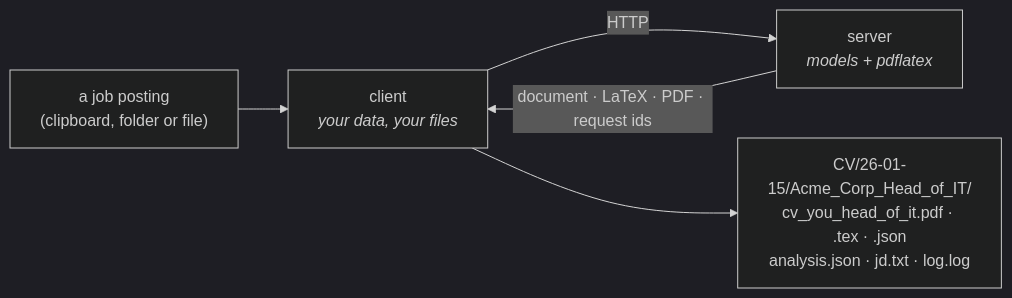
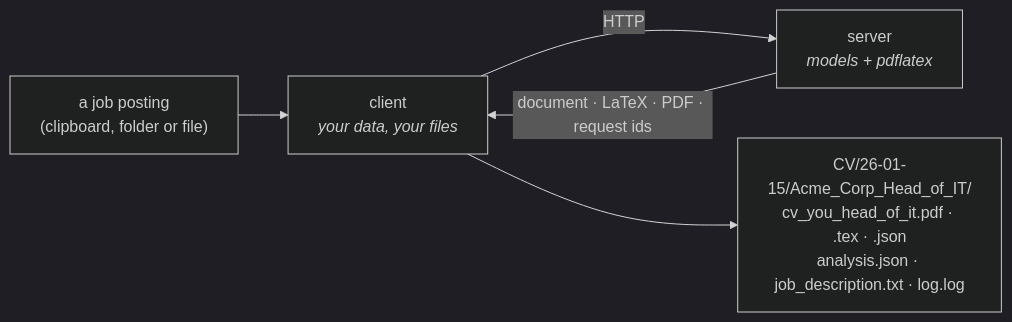
One commit to gcontini/ats-strike changed the diagram in doc/index.md. Above: the diagram before and after it, drawn with Mermaid (dark theme). The commit also changed 14 other files, not shown here.

Commit message:
renamed jd.txt -> job_description.txt

````diff
--- a/doc/index.md
+++ b/doc/index.md
@@ -32,7 +32,7 @@
 ```mermaid
 flowchart LR
     JD["a job posting<br/>(clipboard, folder or file)"] --> C["client<br/><i>your data, your files</i>"]
     C -->|HTTP| S["server<br/><i>models + pdflatex</i>"]
     S -->|"document · LaTeX · PDF · request ids"| C
-    C --> OUT["CV/26-01-15/Acme_Corp_Head_of_IT/<br/>cv_you_head_of_it.pdf · .tex · .json<br/>analysis.json · jd.txt · log.log"]
+    C --> OUT["CV/26-01-15/Acme_Corp_Head_of_IT/<br/>cv_you_head_of_it.pdf · .tex · .json<br/>analysis.json · job_description.txt · log.log"]
 ```
````
